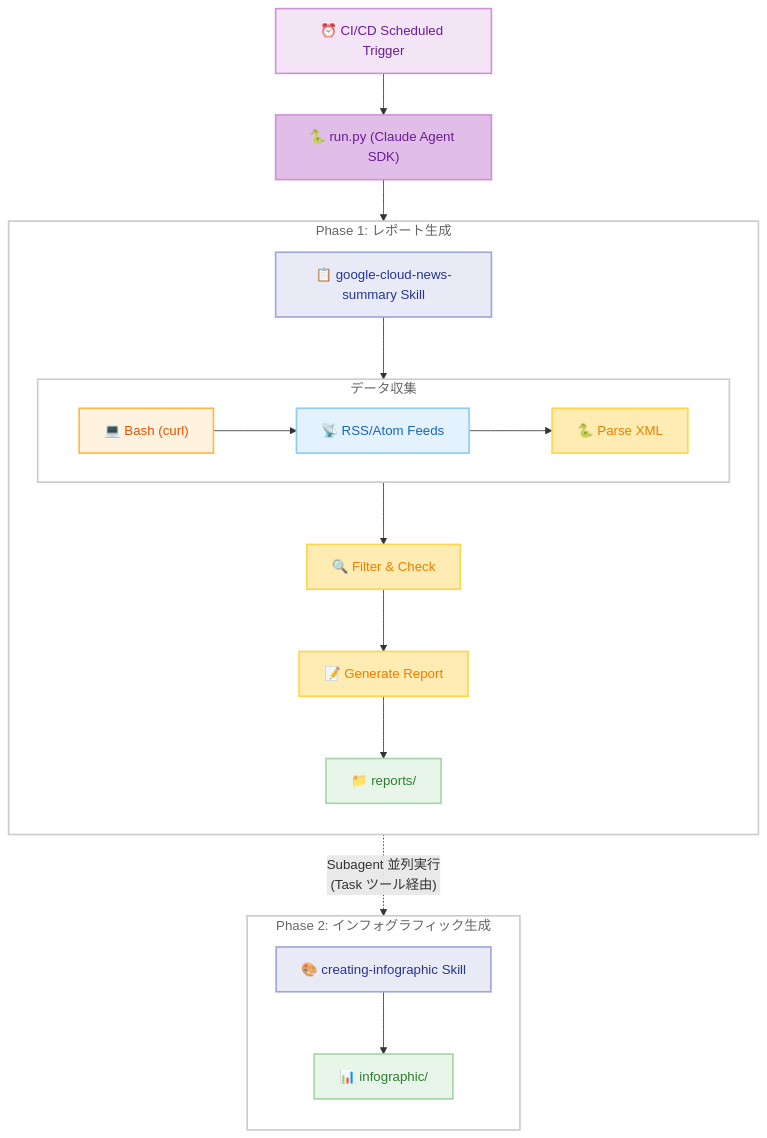
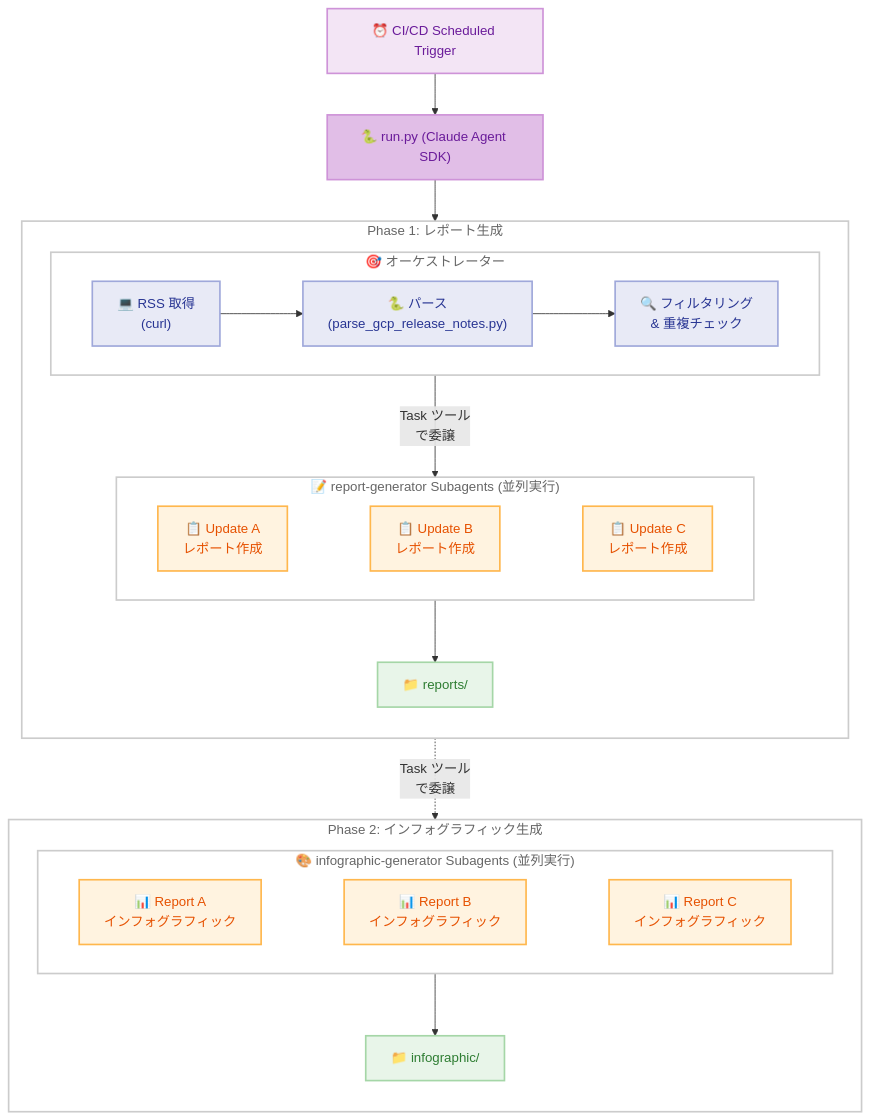
One commit to takech9203/google-cloud-news-summary changed the first of 5 diagrams in README.md. Above: the diagram before and after it, drawn with Mermaid. The commit also changed other lines of this file and 4 other files, not shown here.

First line of the commit message:
docs: add subagent architecture documentation and implementation

````diff
--- a/README.md
+++ b/README.md
@@ -27,57 +32,64 @@
 ```mermaid
 flowchart TD
     Trigger["⏰ CI/CD Scheduled Trigger"]
     SDK["🐍 run.py (Claude Agent SDK)"]
 
     Trigger --> SDK
 
     subgraph Phase1["Phase 1: レポート生成"]
         direction TB
-        Skill["📋 google-cloud-news-summary Skill"]
 
-        subgraph Collect["データ収集"]
+        subgraph Orchestrator["🎯 オーケストレーター"]
             direction LR
-            Bash["💻 Bash (curl)"]
-            Feeds["📡 RSS/Atom Feeds"]
-            Parse["🐍 Parse XML"]
-            Bash --> Feeds --> Parse
+            Fetch["💻 RSS 取得<br/>(curl)"]
+            Parse["🐍 パース<br/>(parse_gcp_release_notes.py)"]
+            Filter["🔍 フィルタリング<br/>& 重複チェック"]
+            Fetch --> Parse --> Filter
         end
 
-        Filter["🔍 Filter & Check"]
-        Generate["📝 Generate Report"]
+        subgraph Subagents1["📝 report-generator Subagents (並列実行)"]
+            direction LR
+            SA1["📋 Update A<br/>レポート作成"]
+            SA2["📋 Update B<br/>レポート作成"]
+            SA3["📋 Update C<br/>レポート作成"]
+            SA1 ~~~ SA2 ~~~ SA3
+        end
+
         Reports["📁 reports/"]
 
-        Skill --> Collect
-        Parse --> Filter
-        Filter --> Generate
-        Generate --> Reports
+        Filter -->|"Task ツール<br/>で委譲"| Subagents1
+        Subagents1 --> Reports
     end
 
     subgraph Phase2["Phase 2: インフォグラフィック生成"]
         direction TB
-        InfSkill["🎨 creating-infographic Skill"]
-        Infographic["📊 infographic/"]
-        InfSkill --> Infographic
+
+        subgraph Subagents2["🎨 infographic-generator Subagents (並列実行)"]
+            direction LR
+            IB1["📊 Report A<br/>インフォグラフィック"]
+            IB2["📊 Report B<br/>インフォグラフィック"]
+            IB3["📊 Report C<br/>インフォグラフィック"]
+            IB1 ~~~ IB2 ~~~ IB3
+        end
+
+        Infographic["📁 infographic/"]
+        Subagents2 --> Infographic
     end
 
     SDK --> Phase1
-    Reports -.->|"Subagent 並列実行<br/>(Task ツール経由)"| Phase2
+    Reports -.->|"Task ツール<br/>で委譲"| Phase2
 
     classDef ci fill:#F3E5F5,stroke:#CE93D8,stroke-width:2px,color:#6A1B9A
     classDef sdk fill:#E1BEE7,stroke:#CE93D8,stroke-width:2px,color:#6A1B9A
-    classDef agent fill:#E8EAF6,stroke:#9FA8DA,stroke-width:2px,color:#283593
-    classDef bash fill:#FFF3E0,stroke:#FFB74D,stroke-width:2px,color:#E65100
-    classDef sources fill:#E3F2FD,stroke:#90CAF9,stroke-width:2px,color:#1565C0
-    classDef process fill:#FFECB3,stroke:#FFD54F,stroke-width:2px,color:#F57C00
+    classDef orchestrator fill:#E8EAF6,stroke:#9FA8DA,stroke-width:2px,color:#283593
+    classDef subagent fill:#FFF3E0,stroke:#FFB74D,stroke-width:2px,color:#E65100
     classDef output fill:#E8F5E9,stroke:#A5D6A7,stroke-width:2px,color:#2E7D32
     classDef frame fill:none,stroke:#CCCCCC,stroke-width:2px,color:#666666
 
     class Trigger ci
     class SDK sdk
-    class Skill,InfSkill agent
-    class Bash bash
-    class Feeds sources
-    class Parse,Filter,Generate process
+    class Fetch,Parse,Filter orchestrator
+    class SA1,SA2,SA3,IB1,IB2,IB3 subagent
     class Reports,Infographic output
-    class Phase1,Phase2,Collect frame
+    class Phase1,Phase2,Orchestrator,Subagents1,Subagents2 frame
 ```
````
